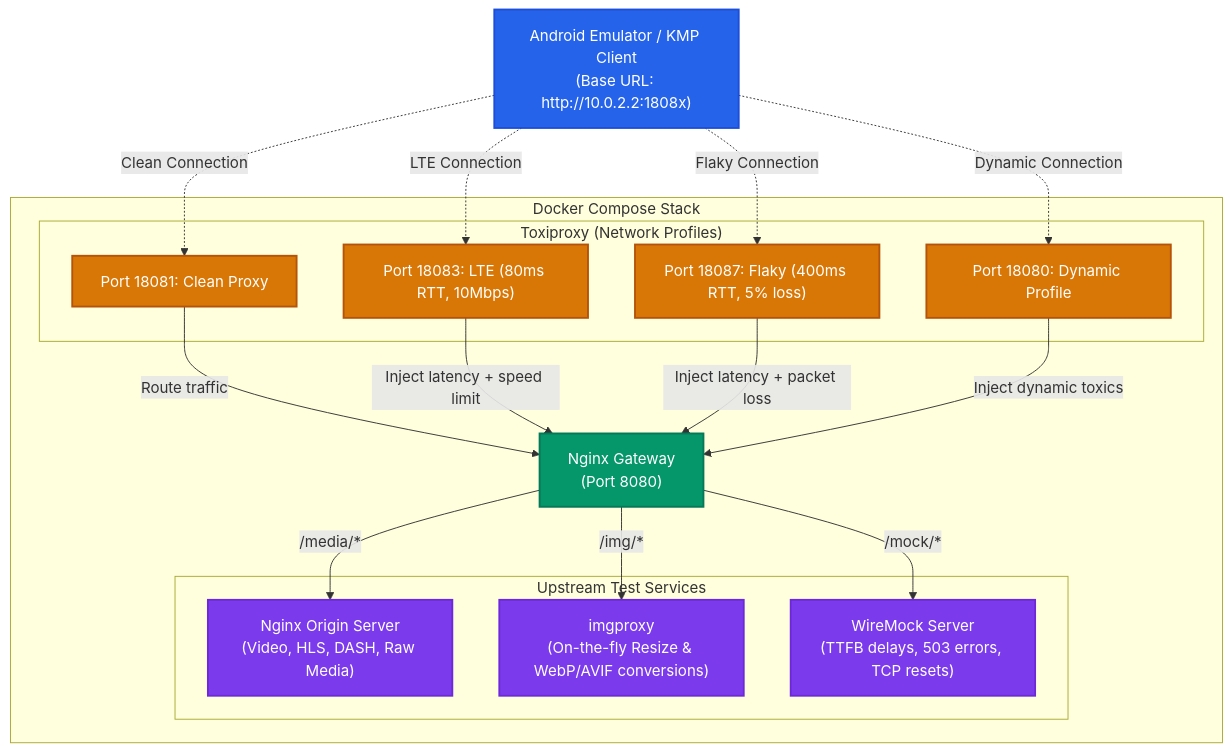
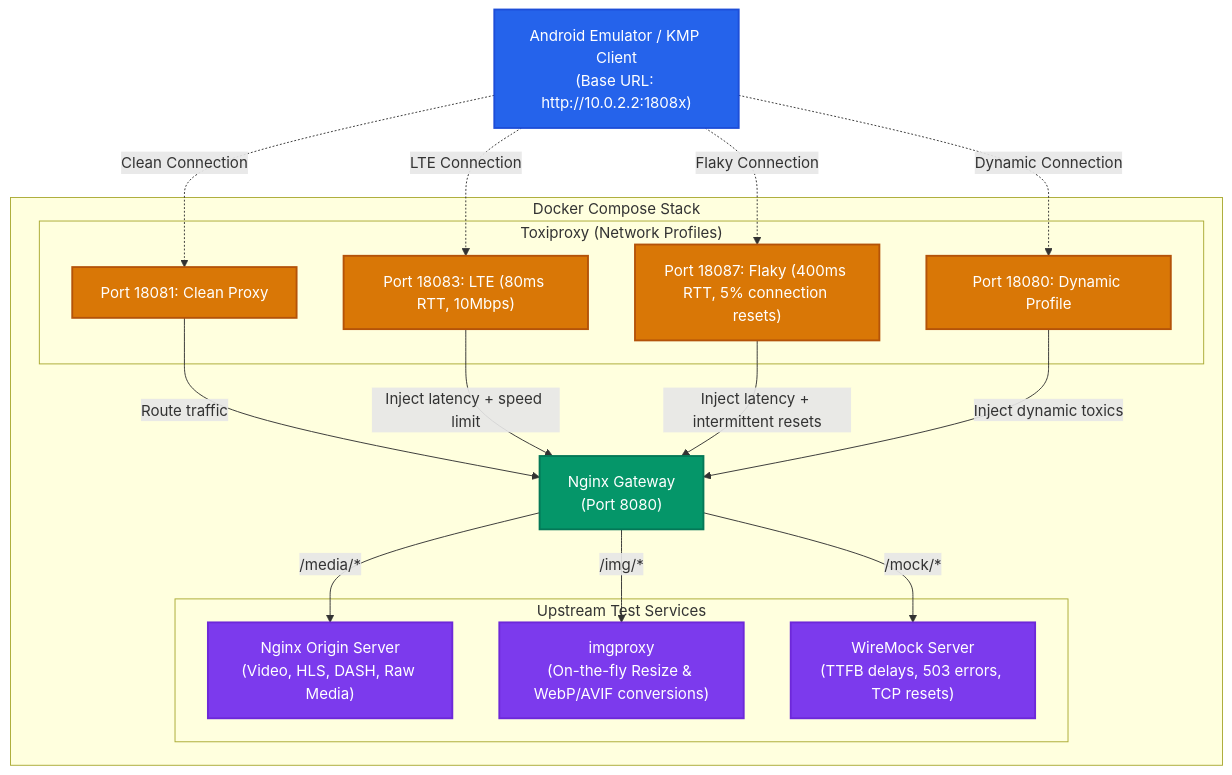
Before and after one commit to nikkiw/universal-media-lab: the diagram in README.md, drawn with Mermaid. The commit also changed other lines of this file and 8 other files, not shown here.

````diff
--- a/README.md
+++ b/README.md
@@ -29,40 +29,40 @@
 ```mermaid
 graph TD
     classDef client fill:#2563eb,stroke:#1d4ed8,stroke-width:2px,color:#fff;
     classDef proxy fill:#d97706,stroke:#b45309,stroke-width:2px,color:#fff;
     classDef gateway fill:#059669,stroke:#047857,stroke-width:2px,color:#fff;
     classDef service fill:#7c3aed,stroke:#6d28d9,stroke-width:2px,color:#fff;
 
     Client["Android Emulator / KMP Client<br>(Base URL: http://10.0.2.2:1808x)"]:::client
     
     subgraph DockerCompose ["Docker Compose Stack"]
         subgraph NetworkProxy ["Toxiproxy (Network Profiles)"]
             Proxy18081["Port 18081: Clean Proxy"]:::proxy
             Proxy18083["Port 18083: LTE (80ms RTT, 10Mbps)"]:::proxy
-            Proxy18087["Port 18087: Flaky (400ms RTT, 5% loss)"]:::proxy
+            Proxy18087["Port 18087: Flaky (400ms RTT, 5% connection resets)"]:::proxy
             ProxyDynamic["Port 18080: Dynamic Profile"]:::proxy
         end
 
         Gateway["Nginx Gateway<br>(Port 8080)"]:::gateway
 
         subgraph Upstreams ["Upstream Test Services"]
             Origin["Nginx Origin Server<br>(Video, HLS, DASH, Raw Media)"]:::service
             ImgProxy["imgproxy<br>(On-the-fly Resize & WebP/AVIF conversions)"]:::service
             WireMock["WireMock Server<br>(TTFB delays, 503 errors, TCP resets)"]:::service
         end
     end
 
     Client -.->|Clean Connection| Proxy18081
     Client -.->|LTE Connection| Proxy18083
     Client -.->|Flaky Connection| Proxy18087
     Client -.->|Dynamic Connection| ProxyDynamic
 
     Proxy18081 -->|Route traffic| Gateway
     Proxy18083 -->|Inject latency + speed limit| Gateway
-    Proxy18087 -->|Inject latency + packet loss| Gateway
+    Proxy18087 -->|Inject latency + intermittent resets| Gateway
     ProxyDynamic -->|Inject dynamic toxics| Gateway
 
     Gateway -->|"/media/*"| Origin
     Gateway -->|"/img/*"| ImgProxy
     Gateway -->|"/mock/*"| WireMock
 ```
````
